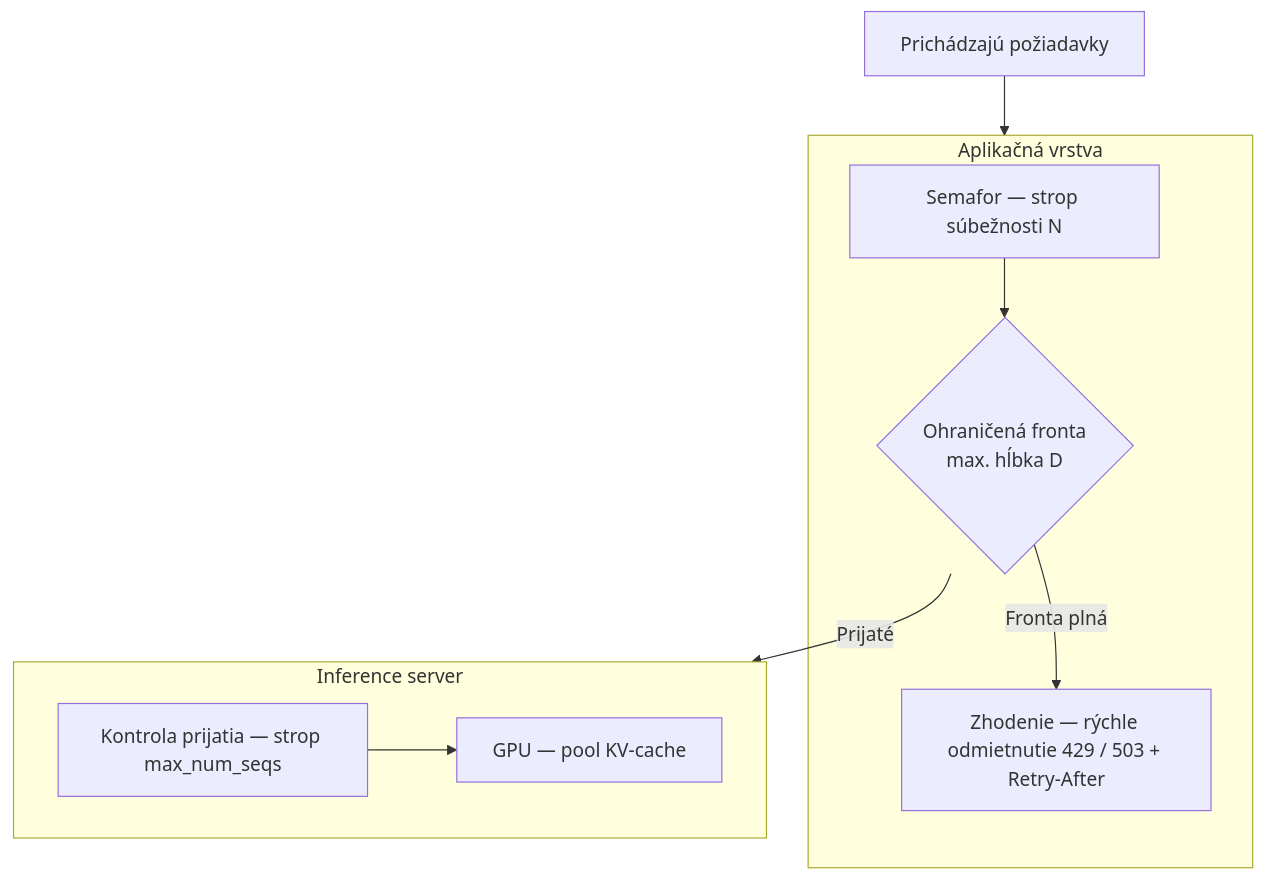
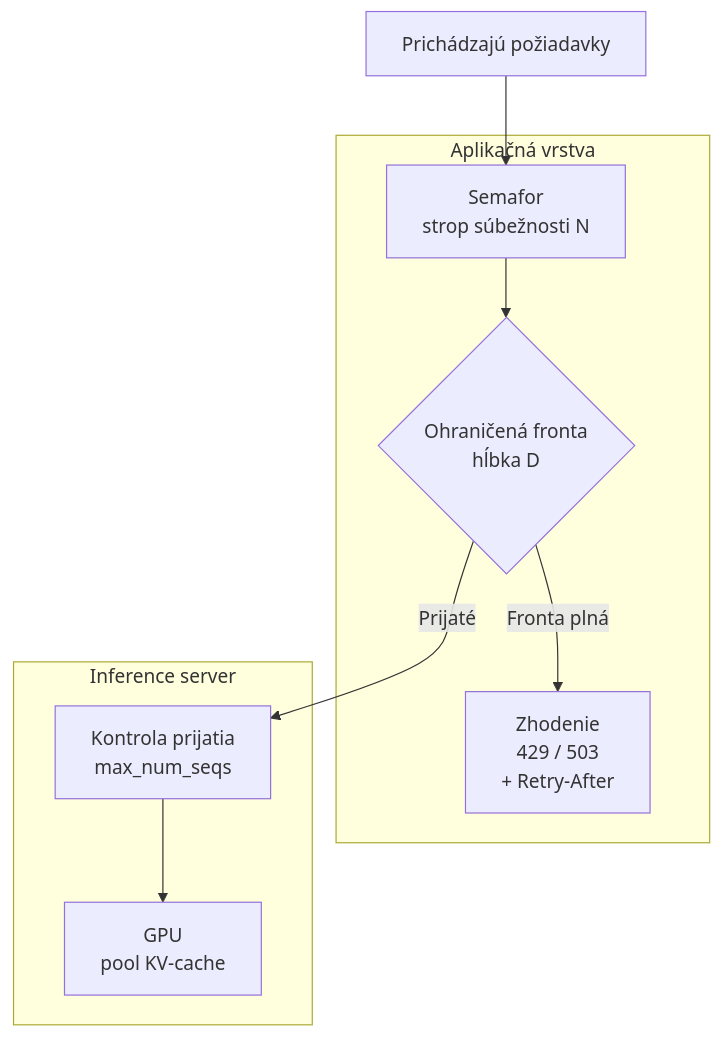
One commit to NikolaiSachok/ai-engineering-handbook changed the first of 2 diagrams in i18n/sk/docusaurus-plugin-content-docs/current/part-3-production/serving/deep-dive.md. Above: the diagram before and after it, drawn with Mermaid. The commit also changed other lines of this file and 75 other files, not shown here.

First line of the commit message:
fix(diagrams): re-author wide diagrams, and measure the three locales the gate never saw (#441)

````diff
--- a/i18n/sk/docusaurus-plugin-content-docs/current/part-3-production/serving/deep-dive.md
+++ b/i18n/sk/docusaurus-plugin-content-docs/current/part-3-production/serving/deep-dive.md
@@ -41,12 +41,12 @@
 ```mermaid
 flowchart TB
-    R["Prichádzajú požiadavky"] --> AL
+    R["Prichádzajú požiadavky"] --> SEM
     subgraph AL["Aplikačná vrstva"]
-        SEM["Semafor — strop súbežnosti N"] --> Q{"Ohraničená fronta<br/>max. hĺbka D"}
-        Q -->|"Fronta plná"| SHED["Zhodenie — rýchle odmietnutie 429 / 503 + Retry-After"]
+        SEM["Semafor<br/>strop súbežnosti N"] --> Q{"Ohraničená fronta<br/>hĺbka D"}
+        Q -->|"Fronta plná"| SHED["Zhodenie<br/>429 / 503<br/>+ Retry-After"]
     end
-    Q -->|"Prijaté"| IS
+    Q -->|"Prijaté"| SCHED
     subgraph IS["Inference server"]
-        SCHED["Kontrola prijatia — strop max_num_seqs"] --> GPU["GPU — pool KV-cache"]
+        SCHED["Kontrola prijatia<br/>max_num_seqs"] --> GPU["GPU<br/>pool KV-cache"]
     end
 ```
````
